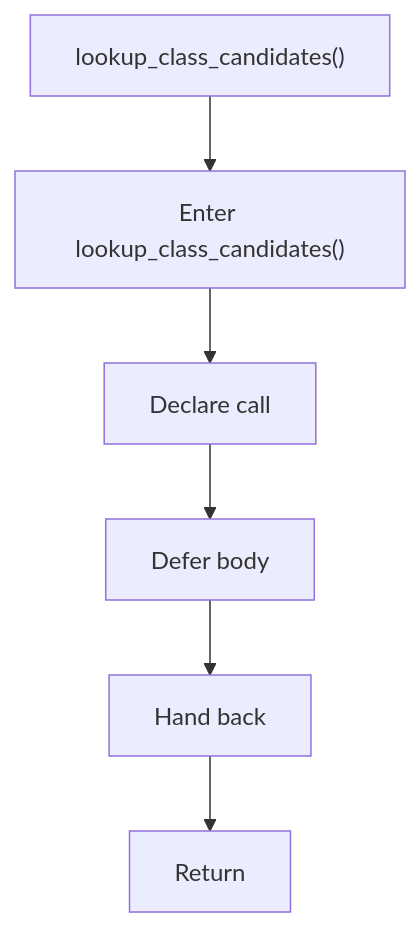
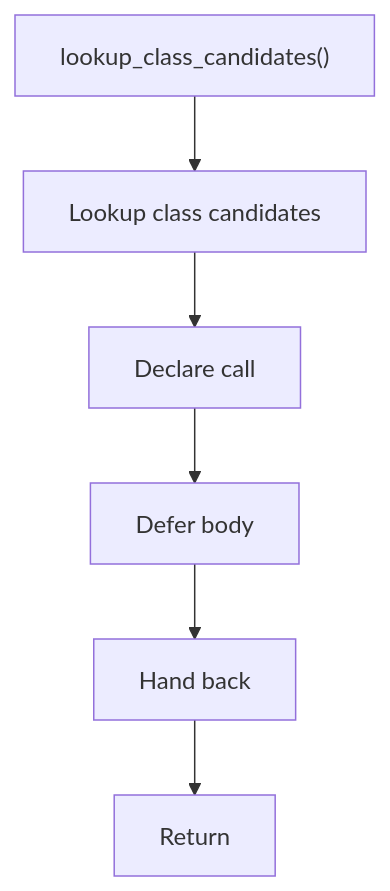
Before and after one commit to JohnAndrewBalbarosa/NeoTerritory: the diagram in docs/Codebase/Microservice/Modules/Header/SyntacticBrokenAST/HashingMechanism/HashLinks/Internal/Flow/functions/lookup_class_candidates.hpp.md, drawn with Mermaid. The commit also changed other lines of this file and 925 other files, not shown here.

````diff
--- a/docs/Codebase/Microservice/Modules/Header/SyntacticBrokenAST/HashingMechanism/HashLinks/Internal/Flow/functions/lookup_class_candidates.hpp.md
+++ b/docs/Codebase/Microservice/Modules/Header/SyntacticBrokenAST/HashingMechanism/HashLinks/Internal/Flow/functions/lookup_class_candidates.hpp.md
@@ -16,14 +16,14 @@
 ```mermaid
 flowchart TD
     Start["lookup_class_candidates()"]
-    N0["Enter lookup_class_candidates()"]
+    N0["Lookup class candidates"]
     N1["Declare call"]
     N2["Defer body"]
     N3["Hand back"]
     End["Return"]
     Start --> N0
     N0 --> N1
     N1 --> N2
     N2 --> N3
     N3 --> End
 ```
````
